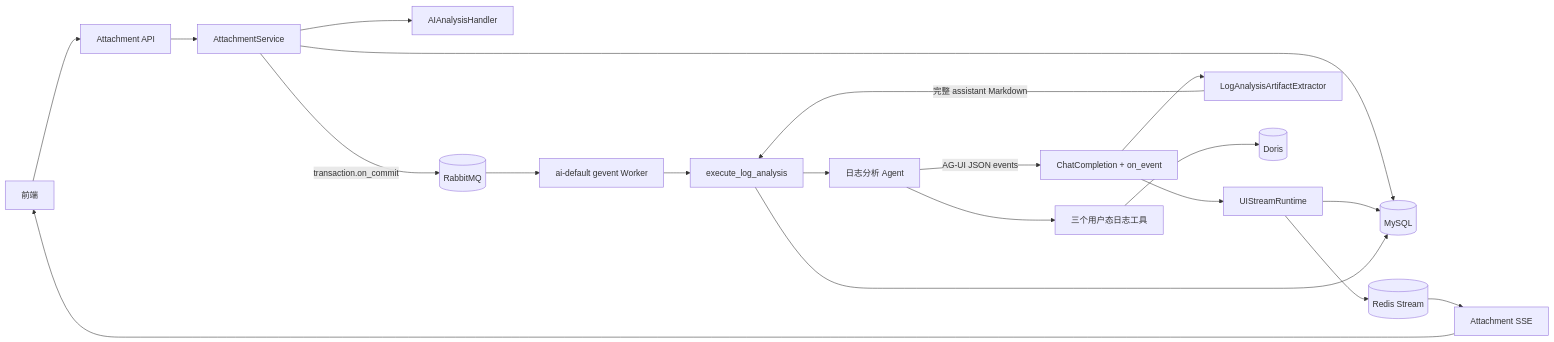
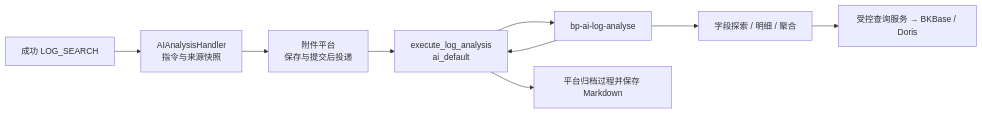
One commit to TencentBlueKing/bk-audit changed the diagram in src/backend/services/web/ai_assistant/docs/log_analysis.md. Above: the diagram before and after it, drawn with Mermaid. The commit also changed other lines of this file and 6 other files, not shown here.

````diff
--- a/src/backend/services/web/ai_assistant/docs/log_analysis.md
+++ b/src/backend/services/web/ai_assistant/docs/log_analysis.md
@@ -9,22 +7,11 @@
 ```mermaid
 flowchart LR
-    FE[前端] --> API[Attachment API]
-    API --> SVC[AttachmentService]
-    SVC --> HANDLER[AIAnalysisHandler]
-    SVC --> DB[(MySQL)]
-    SVC -->|transaction.on_commit| MQ[(RabbitMQ)]
-    MQ --> WORKER[ai-default gevent Worker]
-    WORKER --> TASK[execute_log_analysis]
-    TASK --> AGENT[日志分析 Agent]
-    AGENT -->|AG-UI JSON events| RELAY[ChatCompletion + on_event]
-    RELAY --> RUNTIME[UIStreamRuntime]
-    RELAY --> EXTRACTOR[LogAnalysisArtifactExtractor]
-    RUNTIME --> REDIS[(Redis Stream)]
-    RUNTIME --> DB
-    REDIS --> SSE[Attachment SSE]
-    SSE --> FE
-    EXTRACTOR -->|完整 assistant Markdown| TASK
-    TASK --> DB
-    AGENT --> TOOLS[三个用户态日志工具]
-    TOOLS --> DORIS[(Doris)]
+    Source[成功 LOG_SEARCH] --> Handler[AIAnalysisHandler<br/>指令与来源快照]
+    Handler --> Platform[附件平台<br/>保存与提交后投递]
+    Platform --> Task[execute_log_analysis<br/>ai_default]
+    Task --> Agent[bp-ai-log-analyse]
+    Agent --> MCP[字段探索 / 明细 / 聚合]
+    MCP --> Query[受控查询服务 → BKBase / Doris]
+    Agent --> Task
+    Task --> Result[平台归档过程并保存 Markdown]
 ```
````
